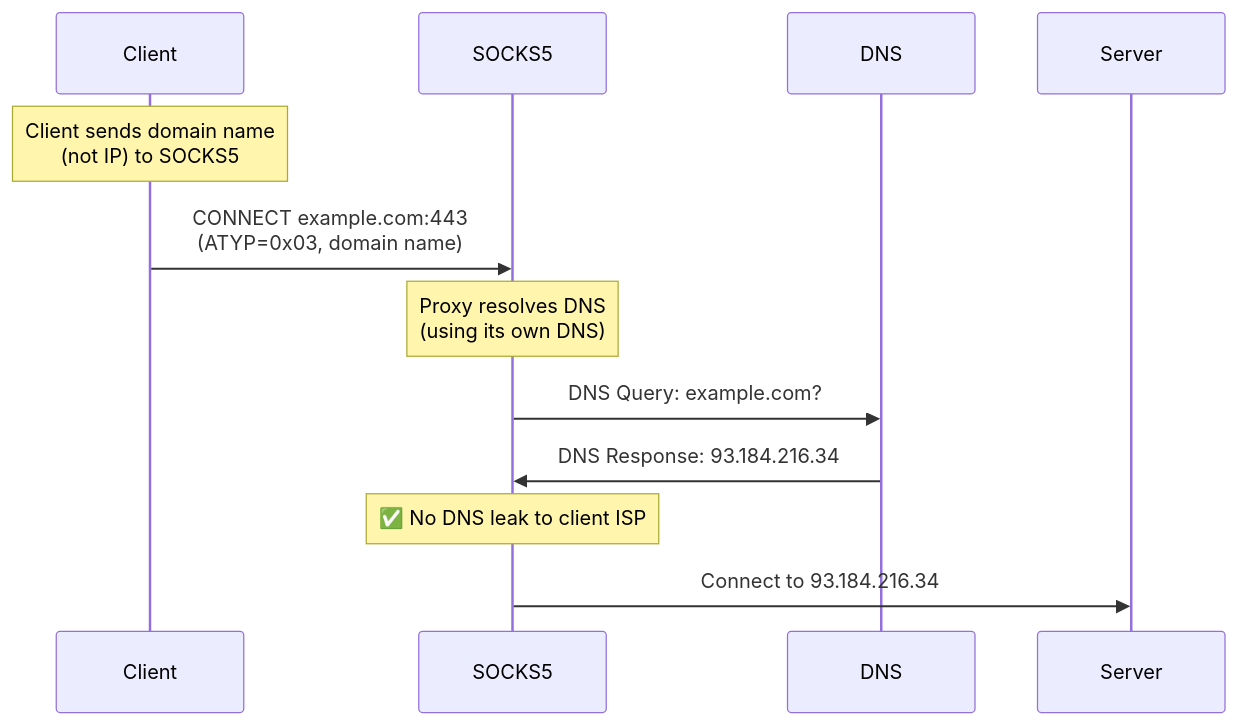
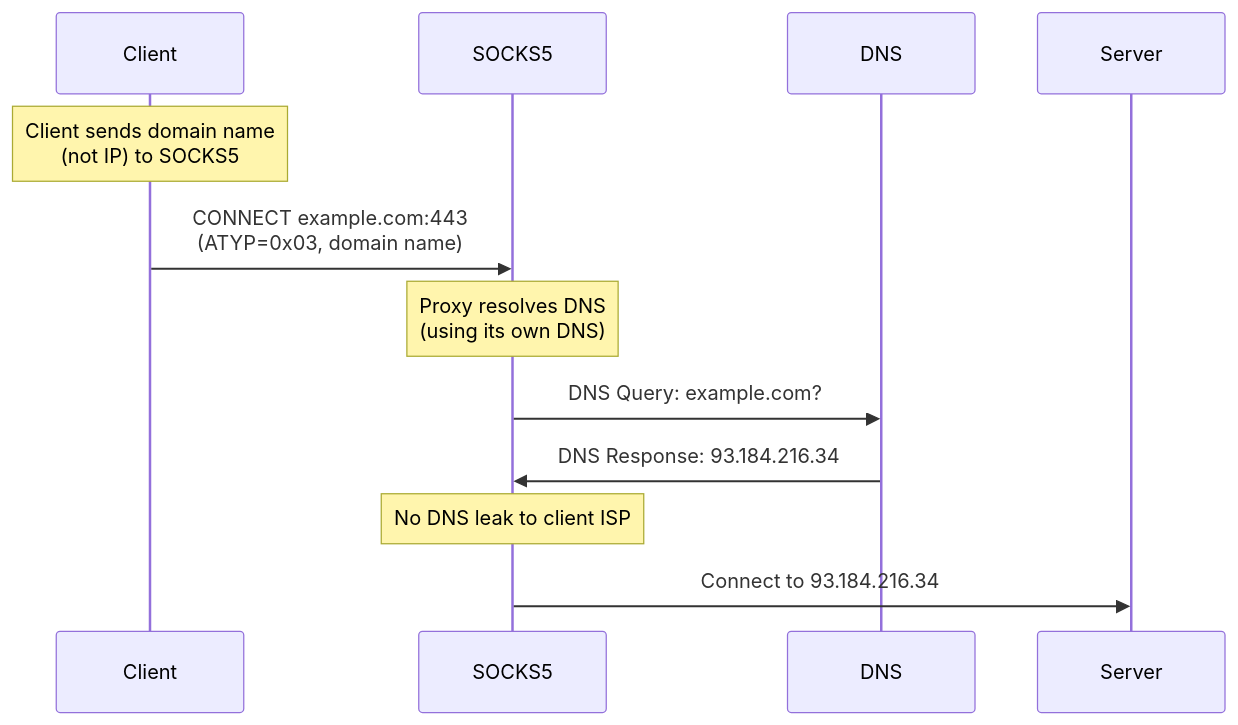
The sixth of 8 diagrams in docs/en/deep-dive/network/socks-proxies.md (yie1d/pydoll), drawn with Mermaid before and after one commit. The commit also changed other lines of this file and 159 other files, not shown here.

````diff
--- a/docs/en/deep-dive/network/socks-proxies.md
+++ b/docs/en/deep-dive/network/socks-proxies.md
@@ -381,17 +379,17 @@
 ```mermaid
 sequenceDiagram
     participant Client
     participant SOCKS5
     participant DNS
     participant Server
     
     Note over Client: Client sends domain name<br/>(not IP) to SOCKS5
     Client->>SOCKS5: CONNECT example.com:443<br/>(ATYP=0x03, domain name)
     
     Note over SOCKS5: Proxy resolves DNS<br/>(using its own DNS)
     SOCKS5->>DNS: DNS Query: example.com?
     DNS->>SOCKS5: DNS Response: 93.184.216.34
-    Note over SOCKS5: ✅ No DNS leak to client ISP
+    Note over SOCKS5: No DNS leak to client ISP
     
     SOCKS5->>Server: Connect to 93.184.216.34
 ```
````
